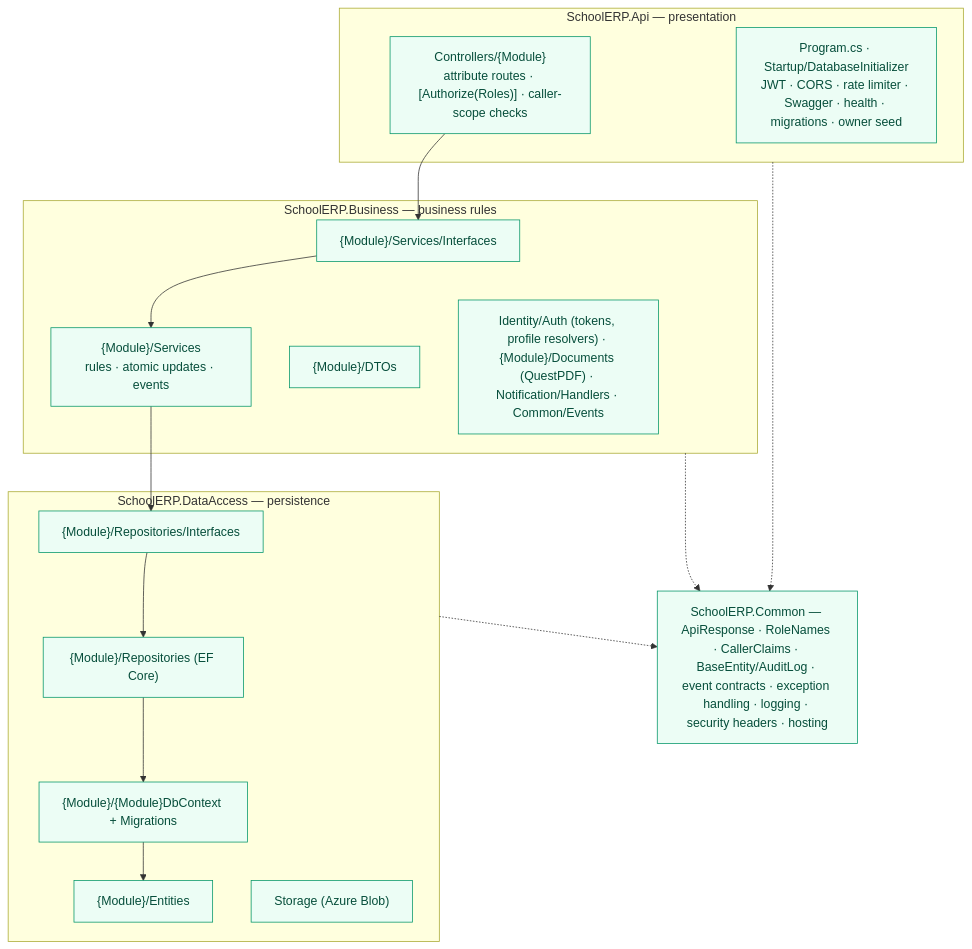
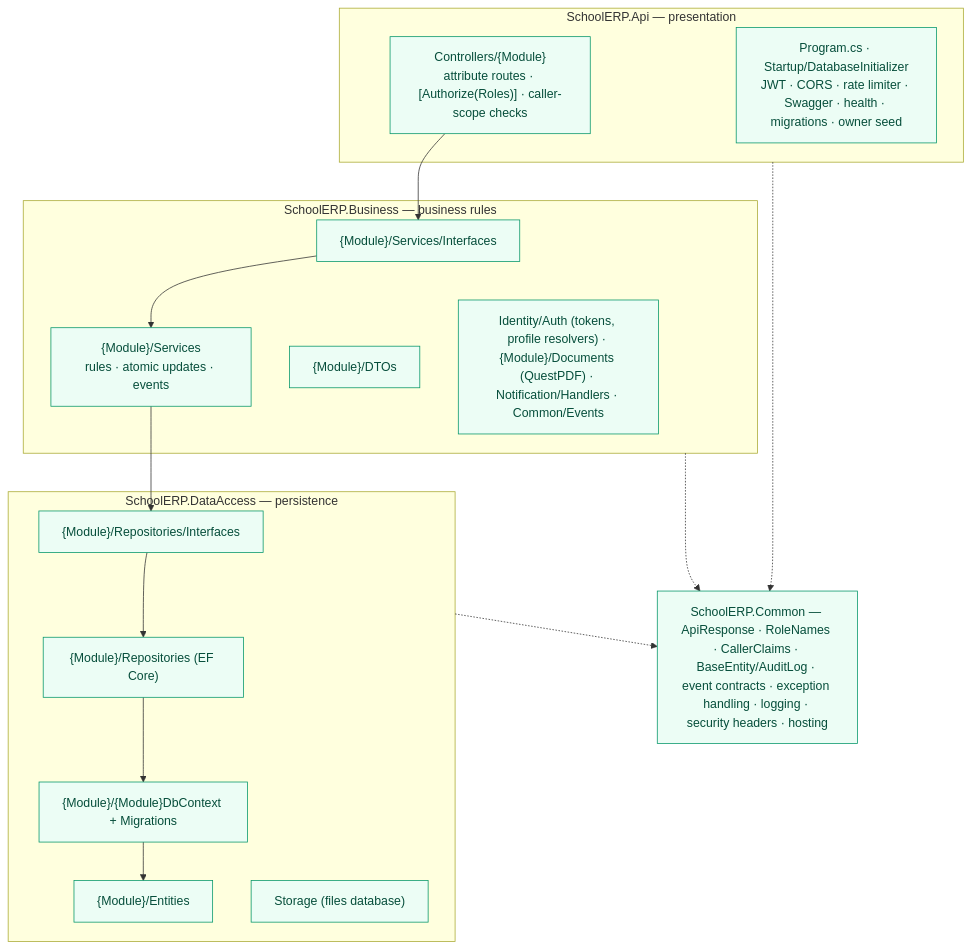
The third of 17 diagrams in ARCHITECTURE.md (ojas2005/GKMPS-School-portal), drawn with Mermaid before and after one commit. The commit also changed other lines of this file and 3 other files, not shown here.

````diff
--- a/ARCHITECTURE.md
+++ b/ARCHITECTURE.md
@@ -79,28 +79,28 @@
 ```mermaid
 flowchart TB
   subgraph P["SchoolERP.Api — presentation"]
     C["Controllers/{Module}<br/>attribute routes · [Authorize(Roles)] · caller-scope checks"]
     PR["Program.cs · Startup/DatabaseInitializer<br/>JWT · CORS · rate limiter · Swagger · health · migrations · owner seed"]
   end
   subgraph B["SchoolERP.Business — business rules"]
     SI["{Module}/Services/Interfaces"] --> S["{Module}/Services<br/>rules · atomic updates · events"]
     D["{Module}/DTOs"]
     X["Identity/Auth (tokens, profile resolvers) · {Module}/Documents (QuestPDF) · Notification/Handlers · Common/Events"]
   end
   subgraph DA["SchoolERP.DataAccess — persistence"]
     RI["{Module}/Repositories/Interfaces"] --> R["{Module}/Repositories (EF Core)"]
     CTX["{Module}/{Module}DbContext + Migrations"]
     EN["{Module}/Entities"]
-    ST["Storage (Azure Blob)"]
+    ST["Storage (files database)"]
   end
   CM["SchoolERP.Common — ApiResponse · RoleNames · CallerClaims · BaseEntity/AuditLog · event contracts · exception handling · logging · security headers · hosting"]
 
   C --> SI
   S --> RI
   R --> CTX --> EN
   P -.-> CM
   B -.-> CM
   DA -.-> CM
   classDef n fill:#ecfdf5,stroke:#059669,color:#064e3b;
   class C,PR,SI,S,D,X,RI,R,CTX,EN,ST,CM n;
 ```
````
